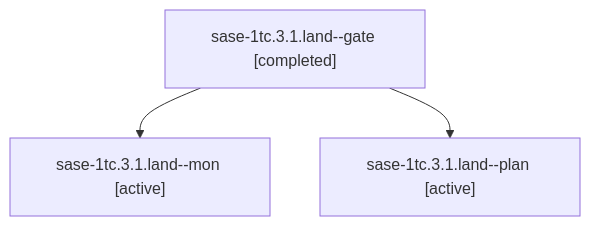
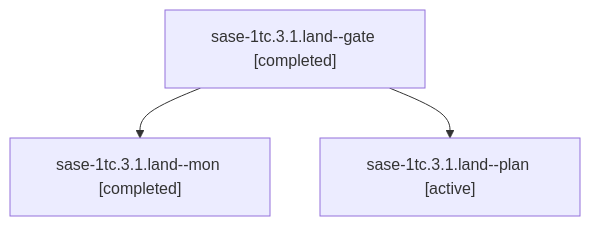
One commit to sase-org/sase--agents changed the diagram in sessions/bbugyi200.athena.sase-1tc.3.1.land.md. Above: the diagram before and after it, drawn with Mermaid. The commit also changed other lines of this file and 103 other files, not shown here.

````diff
--- a/sessions/bbugyi200.athena.sase-1tc.3.1.land.md
+++ b/sessions/bbugyi200.athena.sase-1tc.3.1.land.md
@@ -9,8 +9,8 @@
 ```mermaid
 flowchart TD
   n0["sase-1tc.3.1.land--gate [completed]"]
-  n1["sase-1tc.3.1.land--mon [active]"]
+  n1["sase-1tc.3.1.land--mon [completed]"]
   n0 --> n1
   n2["sase-1tc.3.1.land--plan [active]"]
   n0 --> n2
 ```
````
